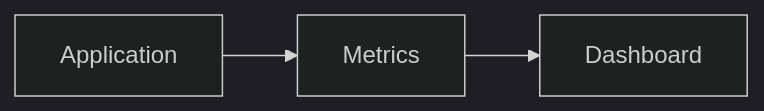
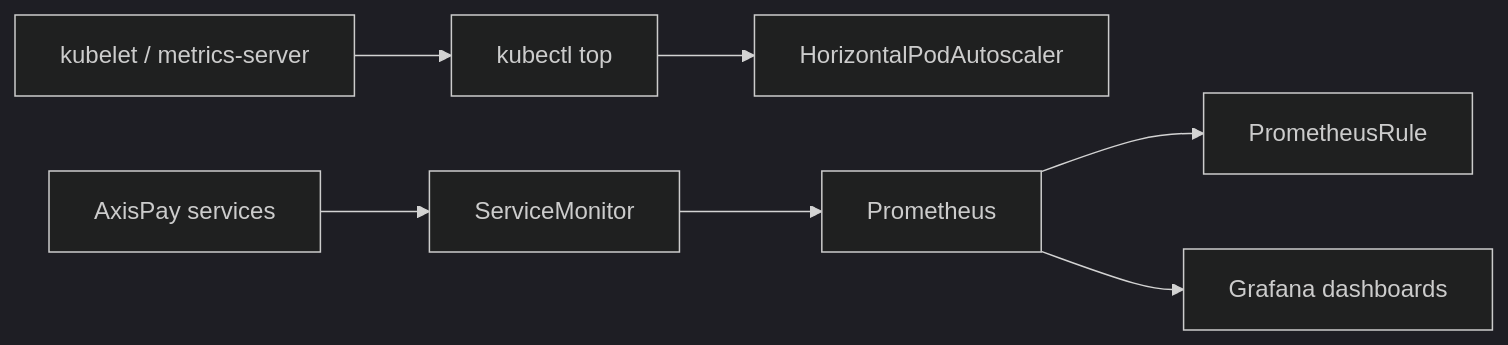
Before and after one commit to kumbulanit/kubernetescompr: the diagram in days/day5/labs/L5.5-metrics-and-dashboards/README.md, drawn with Mermaid (dark theme). The commit also changed other lines of this file and 26 other files, not shown here.

````diff
--- a/days/day5/labs/L5.5-metrics-and-dashboards/README.md
+++ b/days/day5/labs/L5.5-metrics-and-dashboards/README.md
@@ -12,5 +14,9 @@
 ```mermaid
 flowchart LR
-  App[Application] --> Metrics[Metrics]
-  Metrics --> Dashboard[Dashboard]
+  Kubelet[kubelet / metrics-server] --> Top[kubectl top]
+  Top --> HPA[HorizontalPodAutoscaler]
+  App[AxisPay services] --> SM[ServiceMonitor]
+  SM --> Prom[Prometheus]
+  Prom --> Rules[PrometheusRule]
+  Prom --> Grafana[Grafana dashboards]
 ```
````
